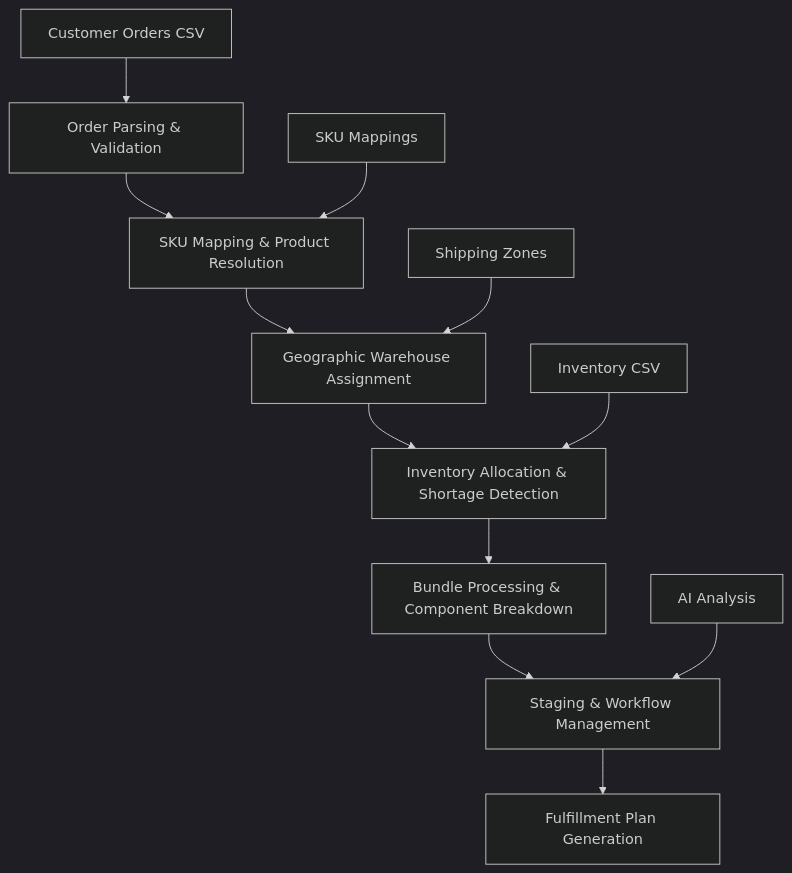
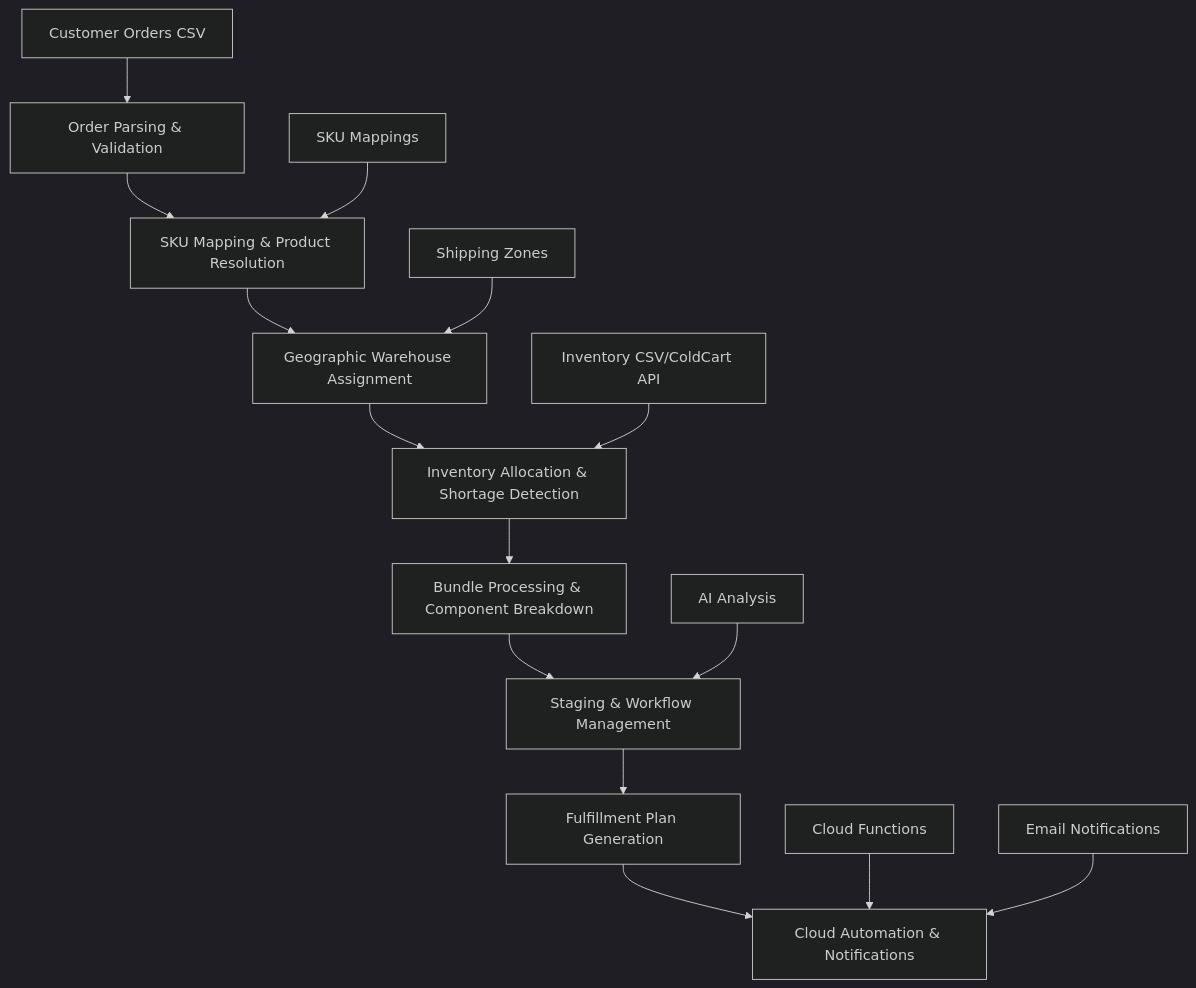
One commit to Good-Hill-Farms/fulfillment changed the diagram in README.md. Above: the diagram before and after it, drawn with Mermaid (dark theme). The commit also changed other lines of this file and 1 other file, not shown here.

First line of the commit message:
feat: update README and add deployment options documentation for cloud functions

````diff
--- a/README.md
+++ b/README.md
@@ -22,15 +50,18 @@
 ```mermaid
 graph TB
     A[Customer Orders CSV] --> B[Order Parsing & Validation]
     B --> C[SKU Mapping & Product Resolution]
     C --> D[Geographic Warehouse Assignment]
     D --> E[Inventory Allocation & Shortage Detection]
     E --> F[Bundle Processing & Component Breakdown]
     F --> G[Staging & Workflow Management]
     G --> H[Fulfillment Plan Generation]
+    H --> I[Cloud Automation & Notifications]
 
-    I[Inventory CSV] --> E
-    J[SKU Mappings] --> C
-    K[Shipping Zones] --> D
-    L[AI Analysis] --> G
+    J[Inventory CSV/ColdCart API] --> E
+    K[SKU Mappings] --> C
+    L[Shipping Zones] --> D
+    M[AI Analysis] --> G
+    N[Cloud Functions] --> I
+    O[Email Notifications] --> I
 ```
````
